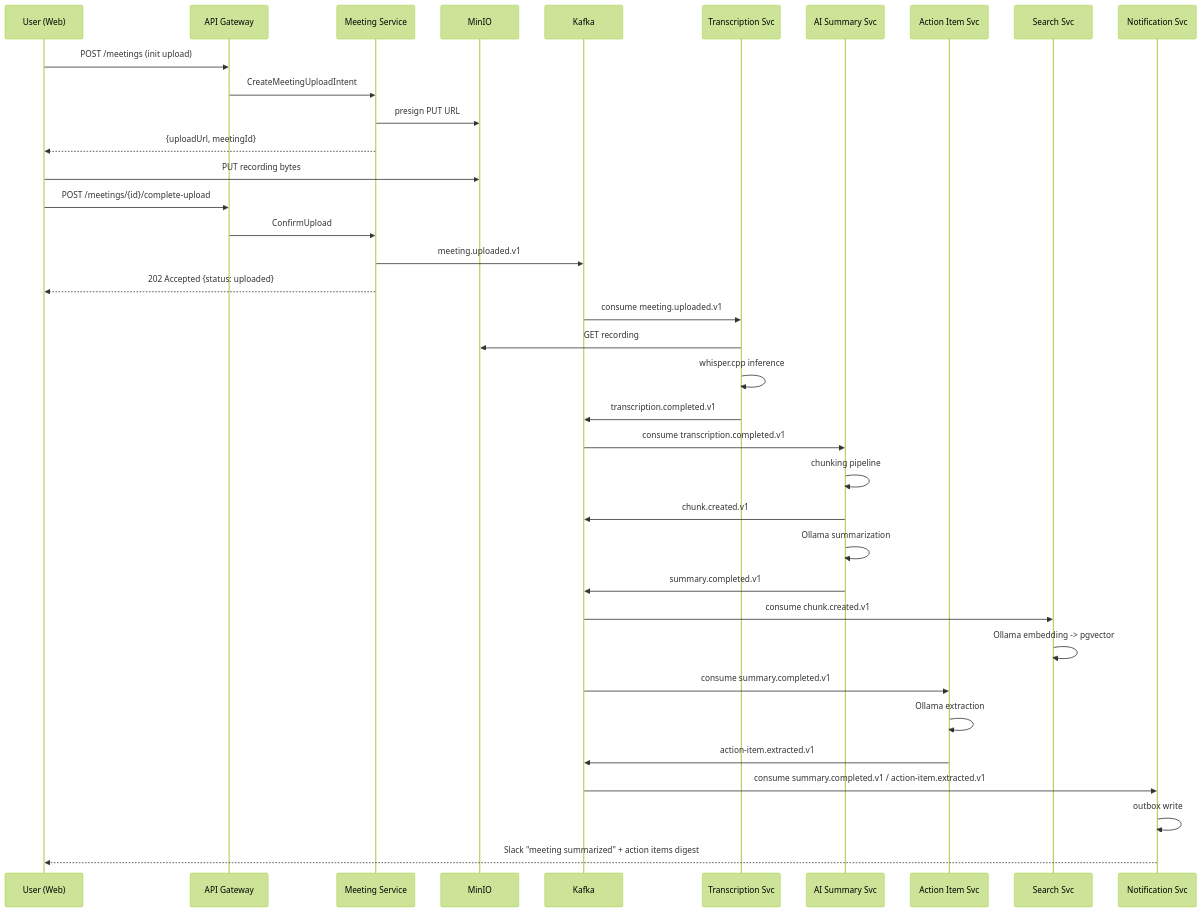
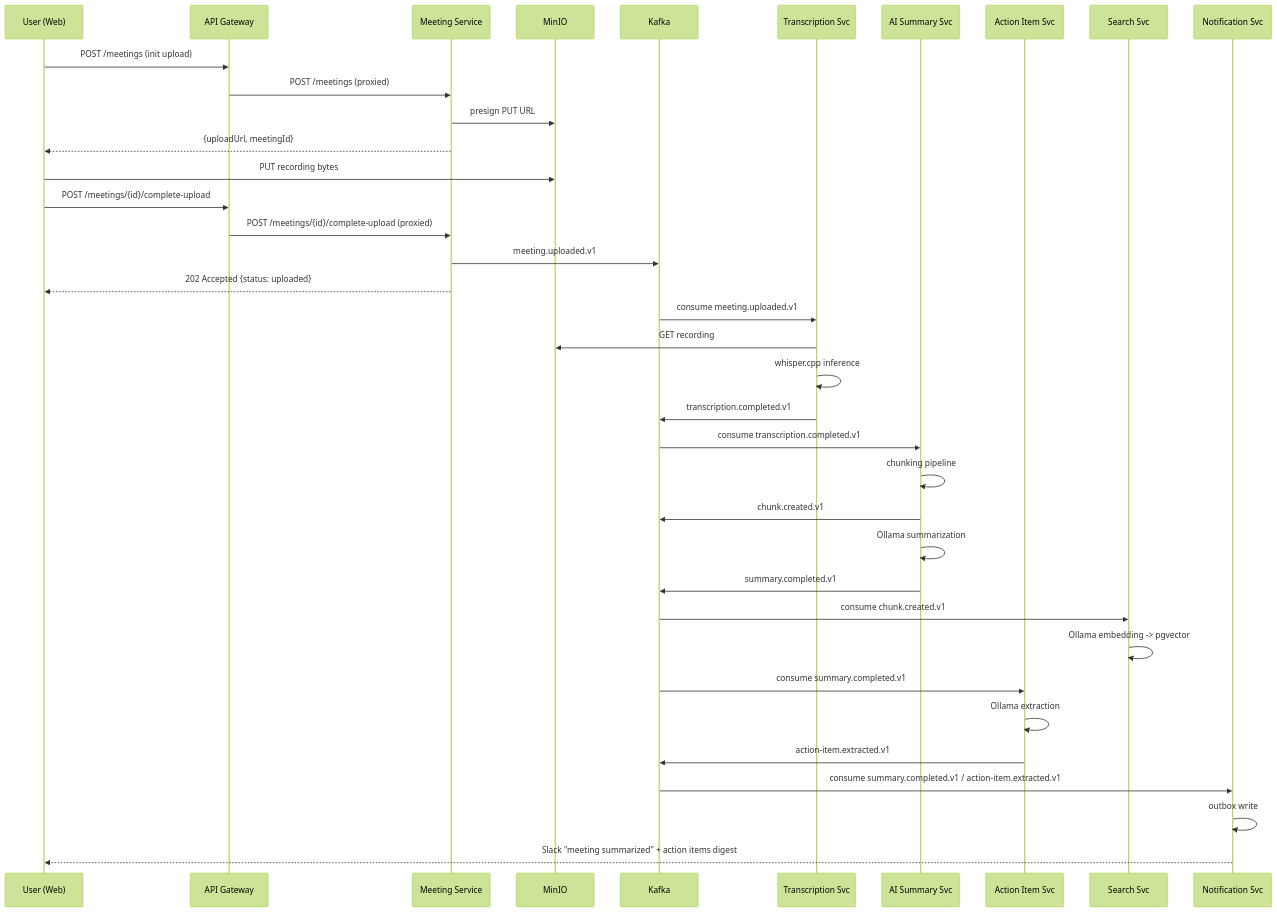
The first of 4 diagrams in docs/architecture/kafka-topics.md (shivamrajput177/AI-Meeting-Intelligence), drawn with Mermaid (forest theme) before and after one commit. The commit also changed other lines of this file and 14 other files, not shown here.

````diff
--- a/docs/architecture/kafka-topics.md
+++ b/docs/architecture/kafka-topics.md
@@ -60,45 +63,45 @@
 ```mermaid
 sequenceDiagram
     participant U as User (Web)
     participant GW as API Gateway
     participant MS as Meeting Service
     participant MinIO
     participant K as Kafka
     participant TR as Transcription Svc
     participant AI as AI Summary Svc
     participant AC as Action Item Svc
     participant SE as Search Svc
     participant NO as Notification Svc
 
     U->>GW: POST /meetings (init upload)
-    GW->>MS: CreateMeetingUploadIntent
+    GW->>MS: POST /meetings (proxied)
     MS->>MinIO: presign PUT URL
     MS-->>U: {uploadUrl, meetingId}
     U->>MinIO: PUT recording bytes
     U->>GW: POST /meetings/{id}/complete-upload
-    GW->>MS: ConfirmUpload
+    GW->>MS: POST /meetings/{id}/complete-upload (proxied)
     MS->>K: meeting.uploaded.v1
     MS-->>U: 202 Accepted {status: uploaded}
 
     K->>TR: consume meeting.uploaded.v1
     TR->>MinIO: GET recording
     TR->>TR: whisper.cpp inference
     TR->>K: transcription.completed.v1
 
     K->>AI: consume transcription.completed.v1
     AI->>AI: chunking pipeline
     AI->>K: chunk.created.v1
     AI->>AI: Ollama summarization
     AI->>K: summary.completed.v1
 
     K->>SE: consume chunk.created.v1
     SE->>SE: Ollama embedding -> pgvector
 
     K->>AC: consume summary.completed.v1
     AC->>AC: Ollama extraction
     AC->>K: action-item.extracted.v1
 
     K->>NO: consume summary.completed.v1 / action-item.extracted.v1
     NO->>NO: outbox write
     NO-->>U: Slack "meeting summarized" + action items digest
 ```
````
